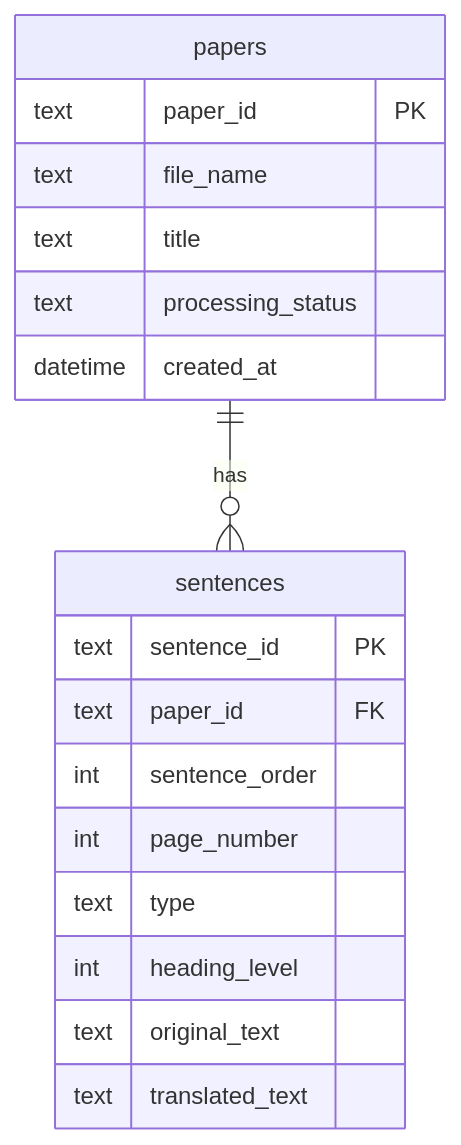
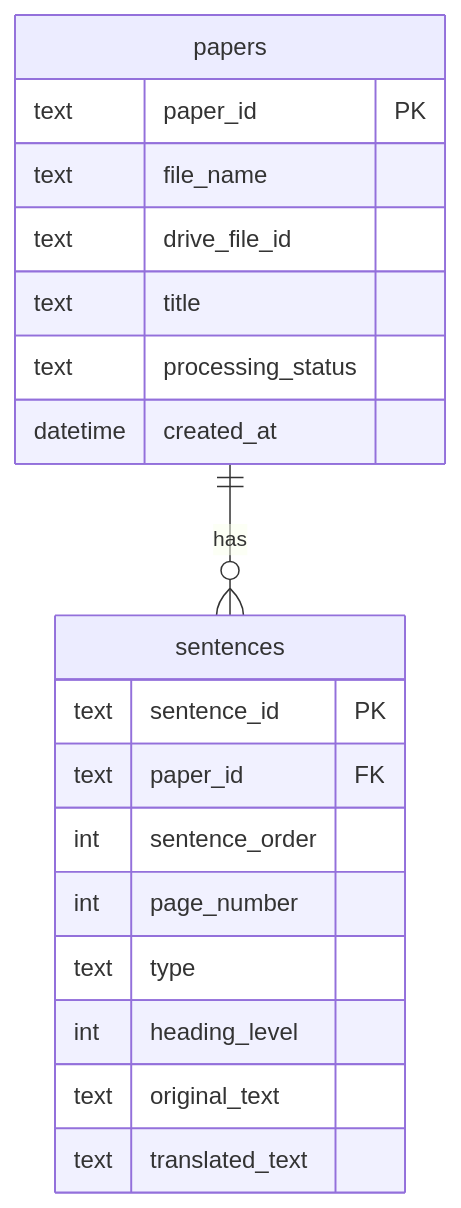
The diagram in docs/03_db.md (uk-lock/paper-reader), drawn with Mermaid before and after one commit. The commit also changed other lines of this file and 8 other files, not shown here.

````diff
--- a/docs/03_db.md
+++ b/docs/03_db.md
@@ -48,21 +49,22 @@
 ```mermaid
 erDiagram
     papers ||--o{ sentences : has
     papers {
         text paper_id PK
         text file_name
+        text drive_file_id
         text title
         text processing_status
         datetime created_at
     }
     sentences {
         text sentence_id PK
         text paper_id FK
         int sentence_order
         int page_number
         text type
         int heading_level
         text original_text
         text translated_text
     }
 ```
````
